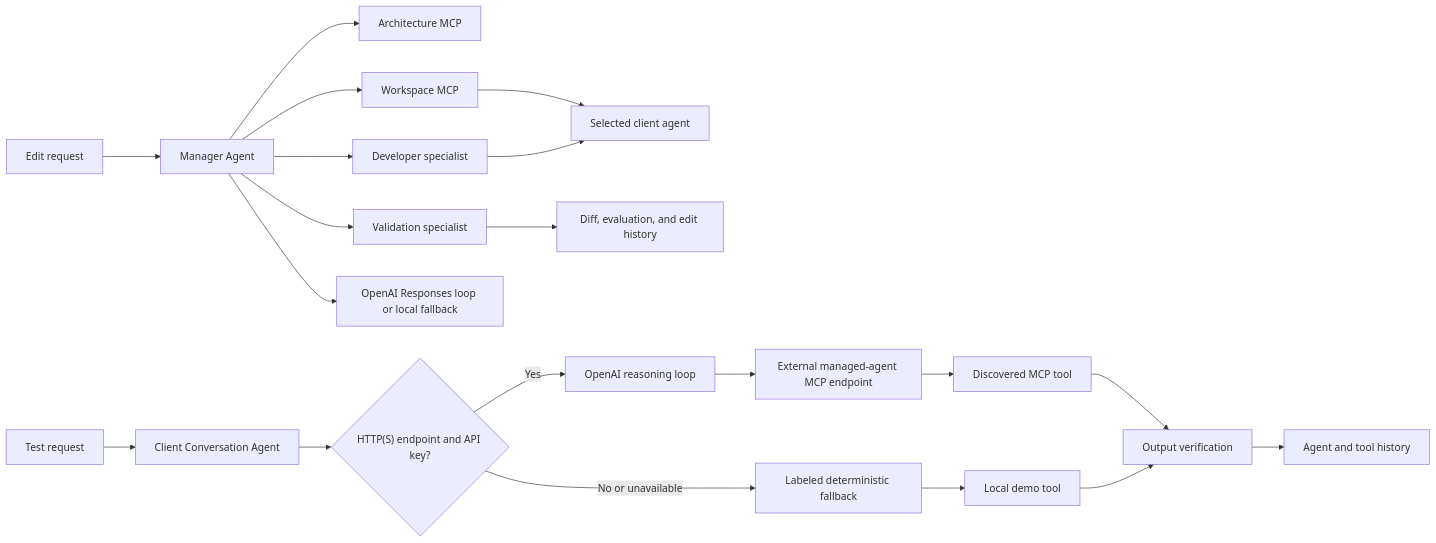
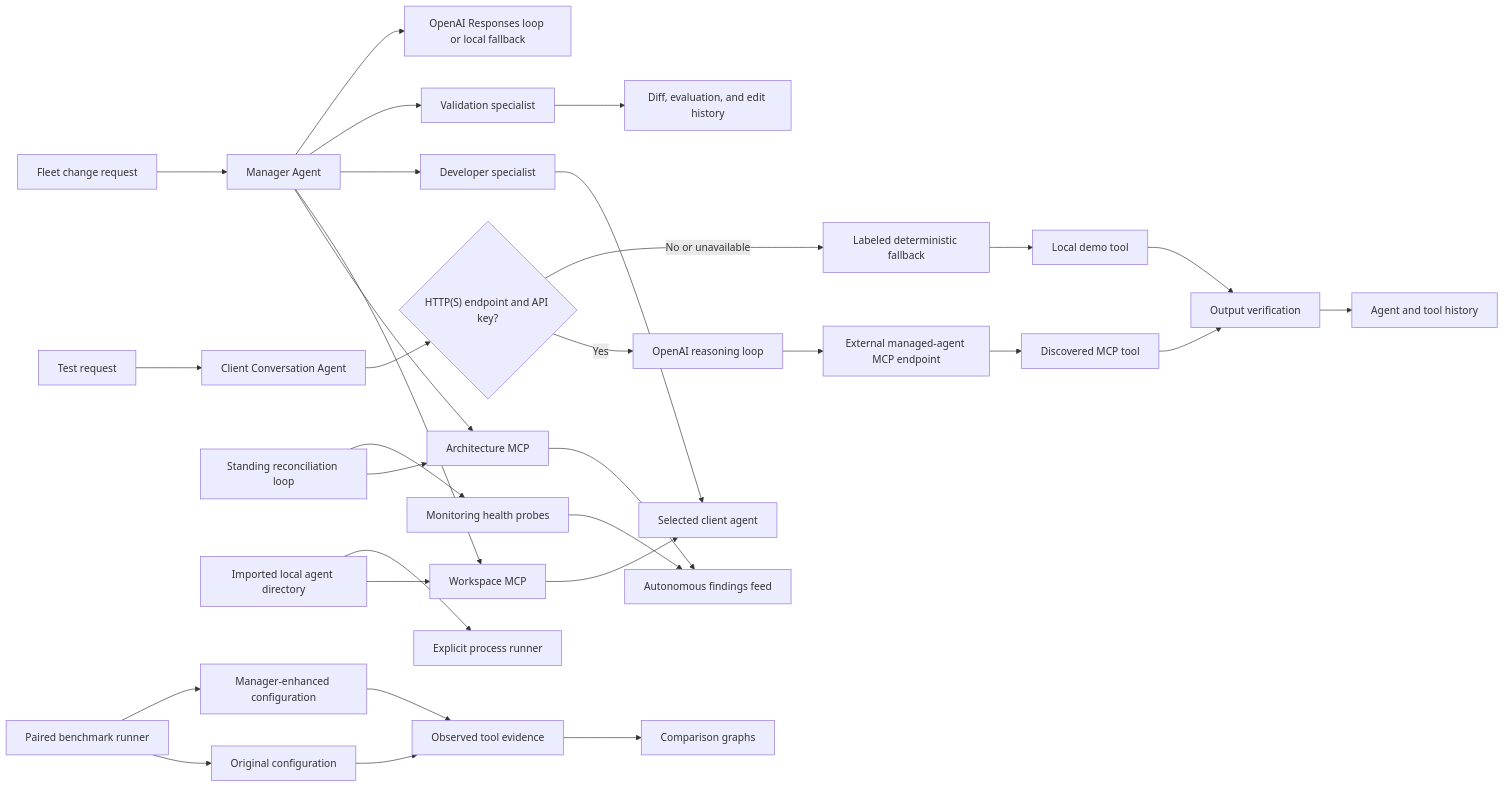
Before and after one commit to akashsenthilkumar06/AgentManager: the diagram in README.md, drawn with Mermaid. The commit also changed other lines of this file and 34 other files, not shown here.

````diff
--- a/README.md
+++ b/README.md
@@ -36,22 +56,33 @@
 ```mermaid
 flowchart LR
-    U["Edit request"] --> AM["Manager Agent"]
+    U["Fleet change request"] --> AM["Manager Agent"]
     AM --> AS["Architecture MCP"]
     AM --> WS["Workspace MCP"]
     AM --> DS["Developer specialist"]
     AM --> VS["Validation specialist"]
     WS --> MA["Selected client agent"]
     DS --> MA
     VS --> EH["Diff, evaluation, and edit history"]
     U2["Test request"] --> C["Client Conversation Agent"]
     C --> LM{"HTTP(S) endpoint and API key?"}
     LM -->|Yes| OAI2["OpenAI reasoning loop"]
     OAI2 --> RMCP["External managed-agent MCP endpoint"]
     RMCP --> T["Discovered MCP tool"]
     LM -->|No or unavailable| DF["Labeled deterministic fallback"]
     DF --> T2["Local demo tool"]
     T --> OV["Output verification"]
     T2 --> OV
     OV --> TH["Agent and tool history"]
     AM --> OAI["OpenAI Responses loop or local fallback"]
+    RC["Standing reconciliation loop"] --> AS
+    RC --> MH["Monitoring health probes"]
+    AS --> FF["Autonomous findings feed"]
+    MH --> FF
+    IA["Imported local agent directory"] --> WS
+    IA --> PR["Explicit process runner"]
+    BM["Paired benchmark runner"] --> B0["Original configuration"]
+    BM --> B1["Manager-enhanced configuration"]
+    B0 --> BE["Observed tool evidence"]
+    B1 --> BE
+    BE --> BG["Comparison graphs"]
 ```
````
